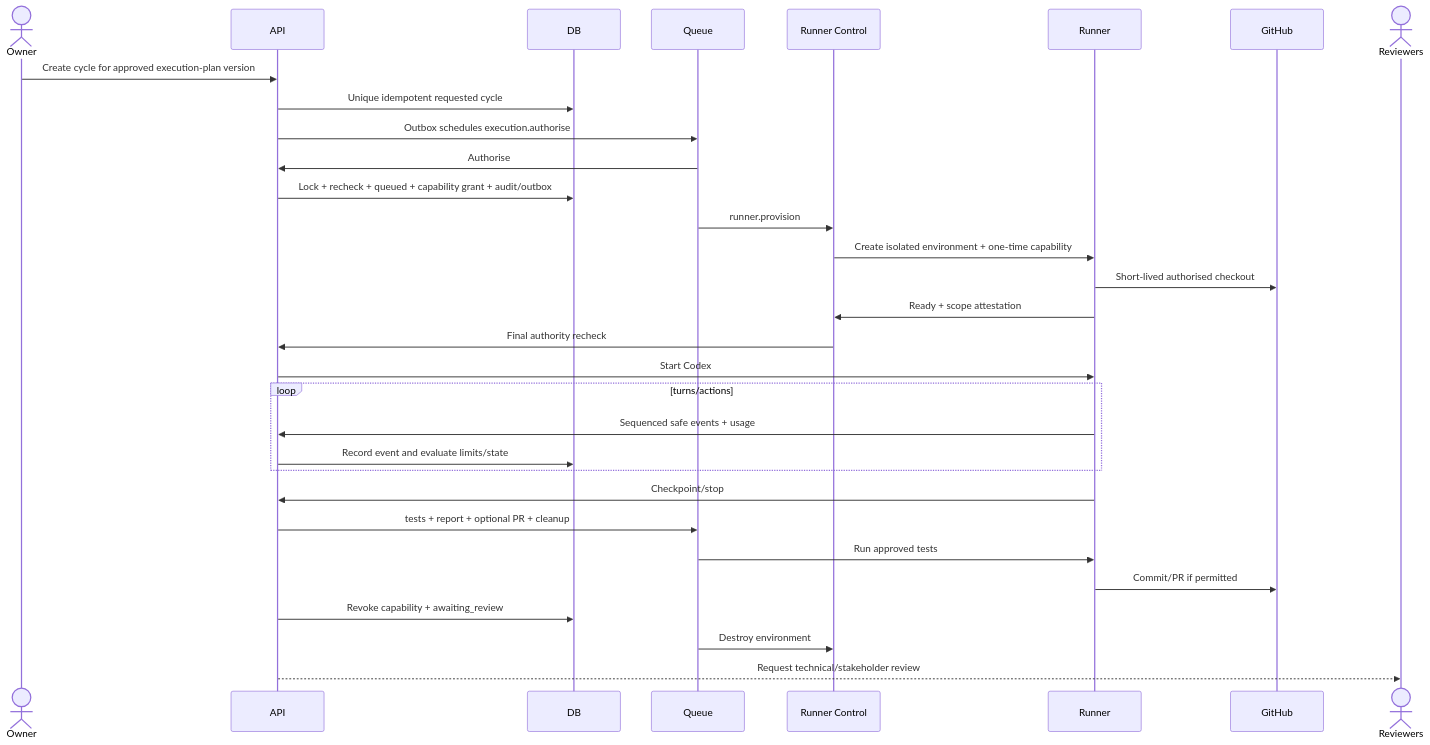
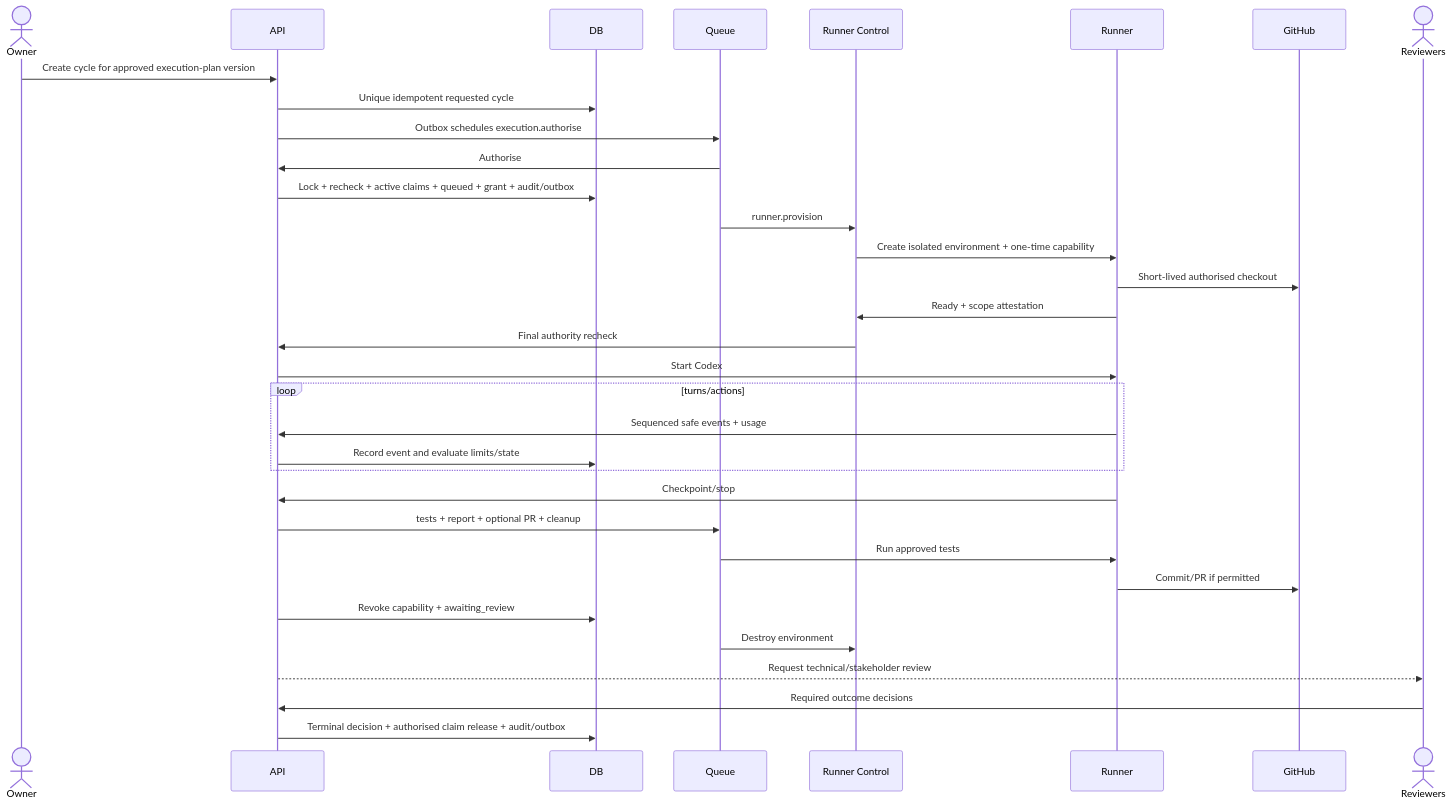
Before and after one commit to DaymondGoulderHorobin/Agile_project_management_app: the second of 2 diagrams in docs/planning/05-ai-and-codex-architecture.md, drawn with Mermaid. The commit also changed other lines of this file and 14 other files, not shown here.

````diff
--- a/docs/planning/05-ai-and-codex-architecture.md
+++ b/docs/planning/05-ai-and-codex-architecture.md
@@ -219,34 +231,36 @@
 ```mermaid
 sequenceDiagram
     actor Owner
     participant API
     participant DB
     participant Queue
     participant Control as Runner Control
     participant Runner
     participant GitHub
     actor Reviewers
 
     Owner->>API: Create cycle for approved execution-plan version
     API->>DB: Unique idempotent requested cycle
     API->>Queue: Outbox schedules execution.authorise
     Queue->>API: Authorise
-    API->>DB: Lock + recheck + queued + capability grant + audit/outbox
+    API->>DB: Lock + recheck + active claims + queued + grant + audit/outbox
     Queue->>Control: runner.provision
     Control->>Runner: Create isolated environment + one-time capability
     Runner->>GitHub: Short-lived authorised checkout
     Runner->>Control: Ready + scope attestation
     Control->>API: Final authority recheck
     API->>Runner: Start Codex
     loop turns/actions
         Runner->>API: Sequenced safe events + usage
         API->>DB: Record event and evaluate limits/state
     end
     Runner->>API: Checkpoint/stop
     API->>Queue: tests + report + optional PR + cleanup
     Queue->>Runner: Run approved tests
     Runner->>GitHub: Commit/PR if permitted
     API->>DB: Revoke capability + awaiting_review
     Queue->>Control: Destroy environment
     API-->>Reviewers: Request technical/stakeholder review
+    Reviewers->>API: Required outcome decisions
+    API->>DB: Terminal decision + authorised claim release + audit/outbox
 ```
````
